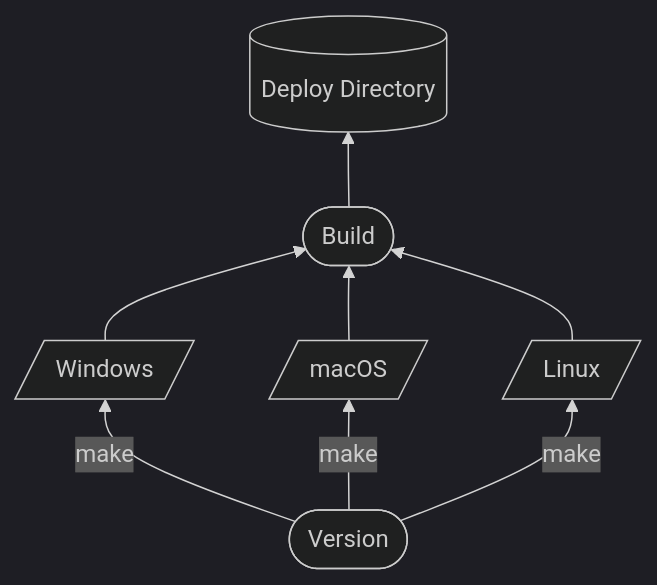
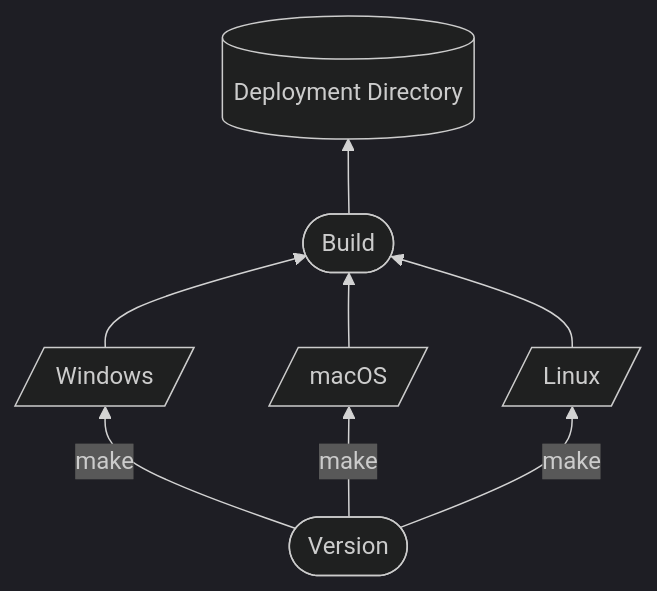
The fifth of 9 diagrams in README.md (holepunchto/hello-pear-electron), drawn with Mermaid (dark theme) before and after one commit. The commit also changed other lines of this file, not shown here.

````diff
--- a/README.md
+++ b/README.md
@@ -517,12 +517,12 @@
 ```mermaid
 graph BT
     V([Version]) -->|make| MakeWin[/Windows/]
     V -->|make| MakeMac[/macOS/]
     V -->|make| MakeLinux[/Linux/]
 
     MakeWin --> Build([Build])
     MakeMac --> Build
     MakeLinux --> Build
 
-    Build --> DF[(Deploy Directory)]
+    Build --> DF[(Deployment Directory)]
 ```
````
